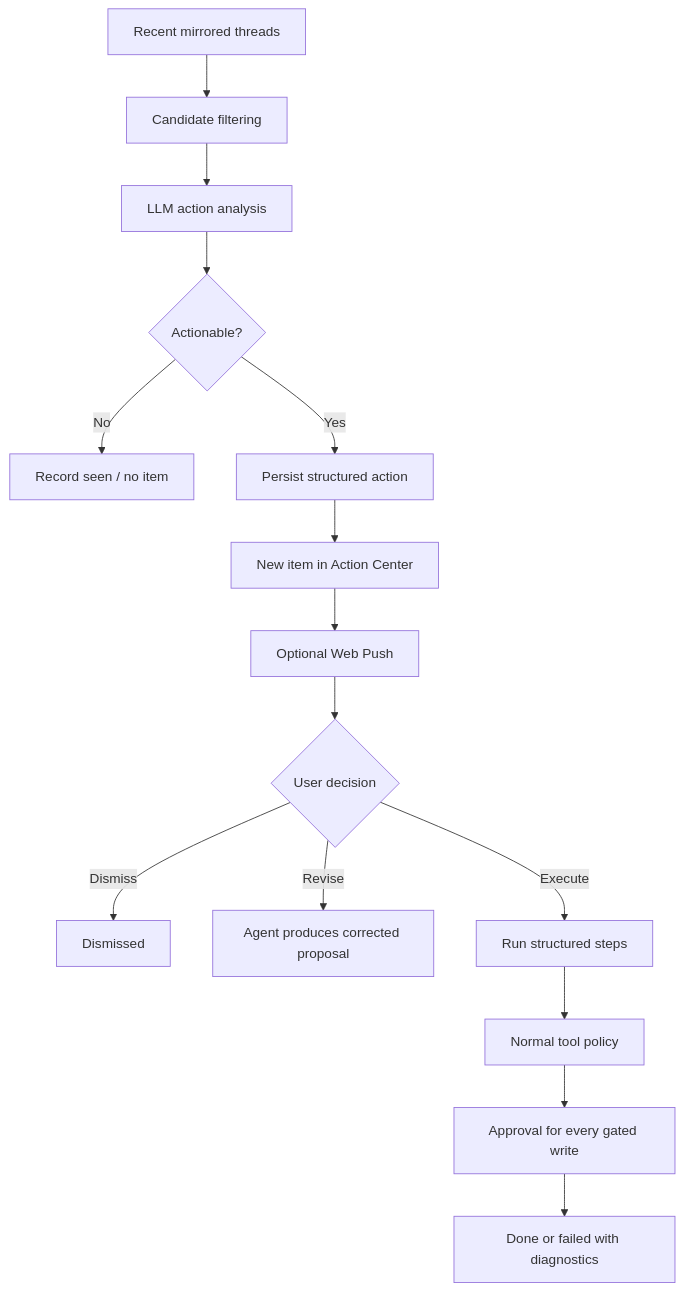
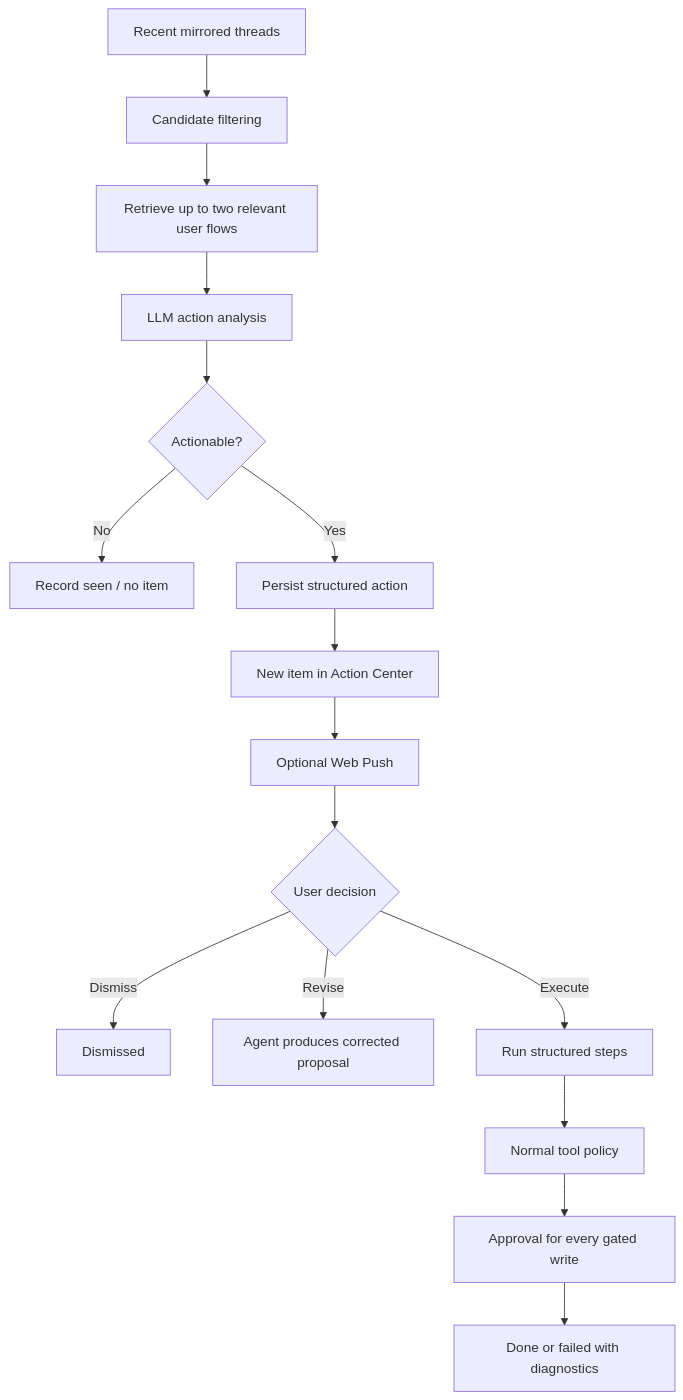
The seventh of 8 diagrams in README.md (iFralex/Steward), drawn with Mermaid before and after one commit. The commit also changed other lines of this file, not shown here.

Commit message:
docs: document reusable action flows

````diff
--- a/README.md
+++ b/README.md
@@ -709,17 +711,18 @@
 ```mermaid
 flowchart TD
     A[Recent mirrored threads] --> B[Candidate filtering]
-    B --> C[LLM action analysis]
+    B --> R[Retrieve up to two relevant user flows]
+    R --> C[LLM action analysis]
     C --> D{Actionable?}
     D -->|No| E[Record seen / no item]
     D -->|Yes| F[Persist structured action]
     F --> G[New item in Action Center]
     G --> H[Optional Web Push]
     H --> I{User decision}
     I -->|Dismiss| J[Dismissed]
     I -->|Revise| K[Agent produces corrected proposal]
     I -->|Execute| L[Run structured steps]
     L --> M[Normal tool policy]
     M --> N[Approval for every gated write]
     N --> O[Done or failed with diagnostics]
 ```
````
